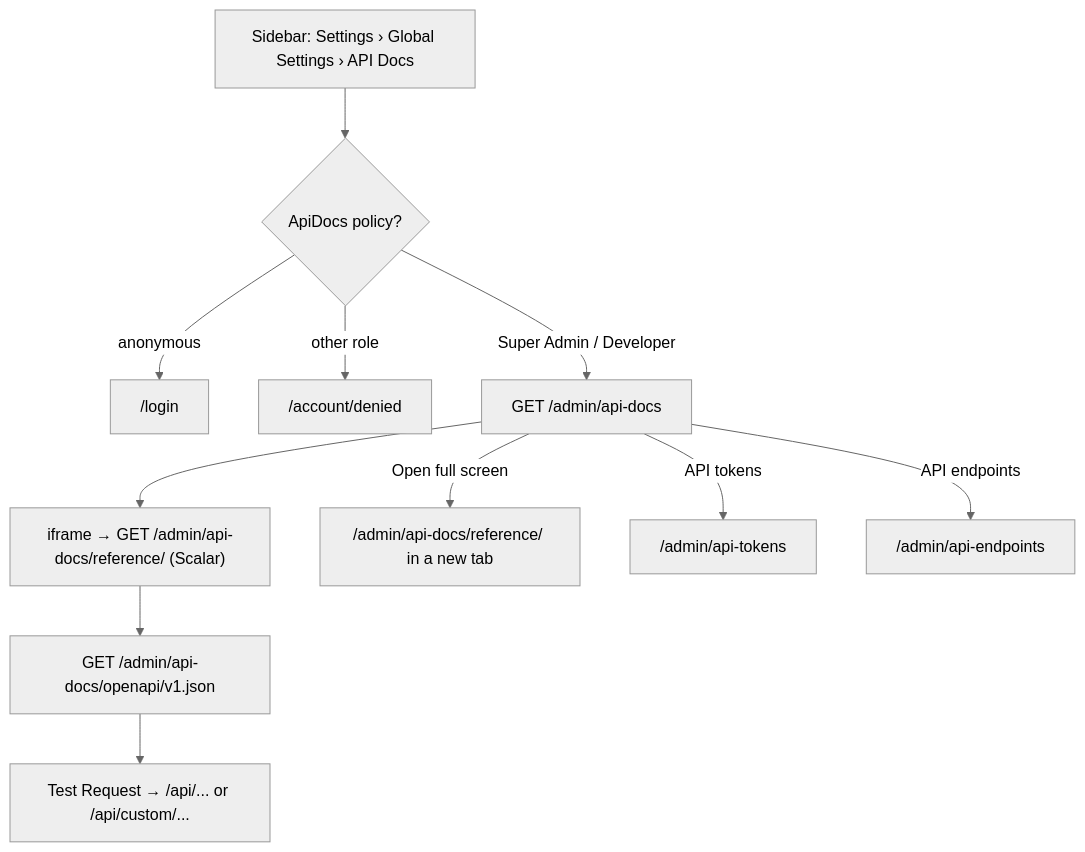
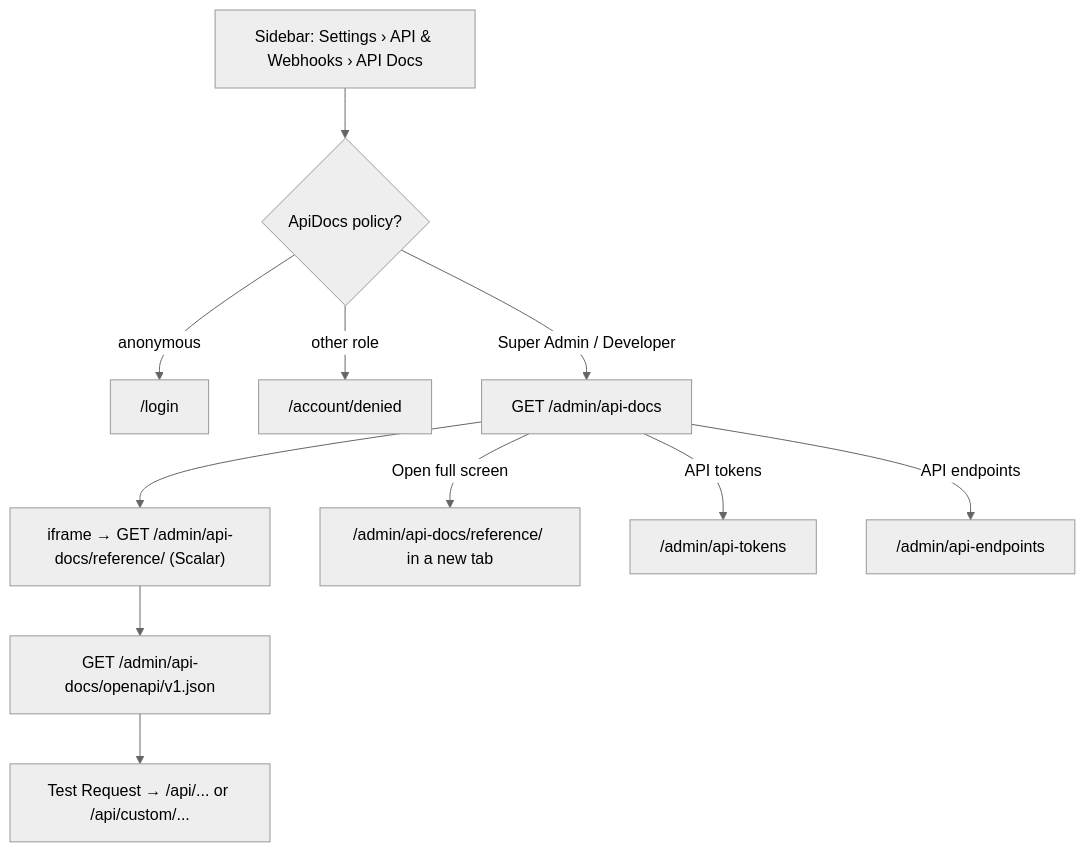
The second of 2 diagrams in .docs/pages/api-docs.md (Albadit/DotNetForge), drawn with Mermaid (neutral theme) before and after one commit. The commit also changed other lines of this file and 71 other files, not shown here.

````diff
--- a/.docs/pages/api-docs.md
+++ b/.docs/pages/api-docs.md
@@ -197,13 +197,13 @@
 ```mermaid
 flowchart TD
-    N["Sidebar: Settings › Global Settings › API Docs"] --> A{"ApiDocs policy?"}
+    N["Sidebar: Settings › API & Webhooks › API Docs"] --> A{"ApiDocs policy?"}
     A -- "anonymous" --> L["/login"]
     A -- "other role" --> X["/account/denied"]
     A -- "Super Admin / Developer" --> P["GET /admin/api-docs"]
     P --> F["iframe → GET /admin/api-docs/reference/ (Scalar)"]
     F --> J["GET /admin/api-docs/openapi/v1.json"]
     J --> T["Test Request → /api/... or /api/custom/..."]
     P -- "Open full screen" --> F2["/admin/api-docs/reference/ in a new tab"]
     P -- "API tokens" --> AT["/admin/api-tokens"]
     P -- "API endpoints" --> AE["/admin/api-endpoints"]
 ```
````
